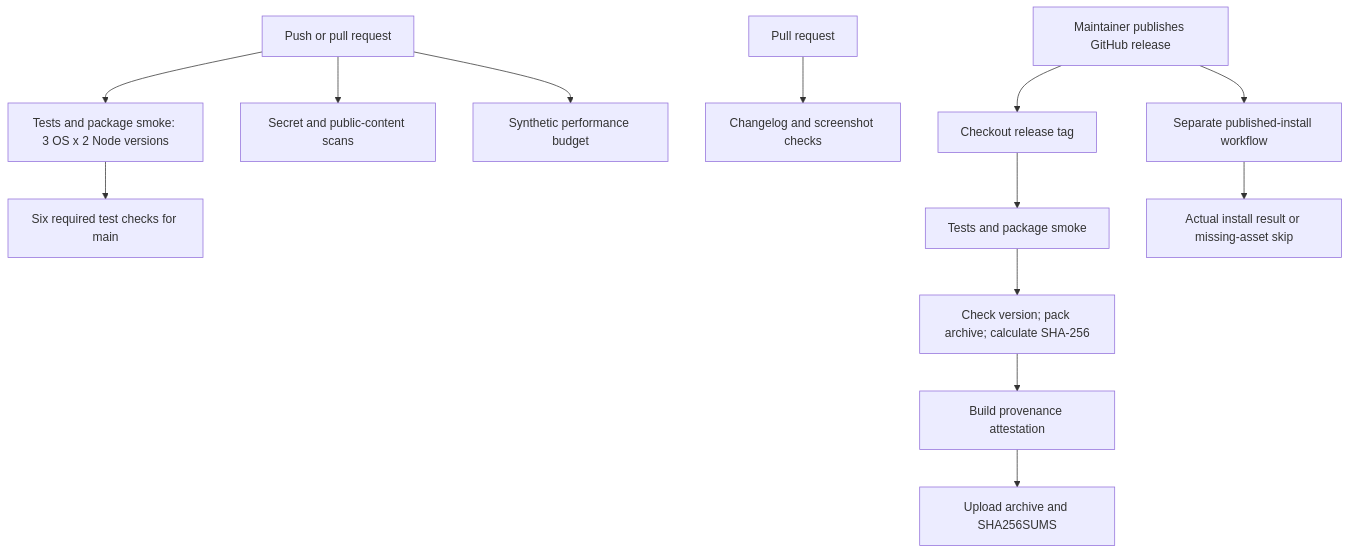
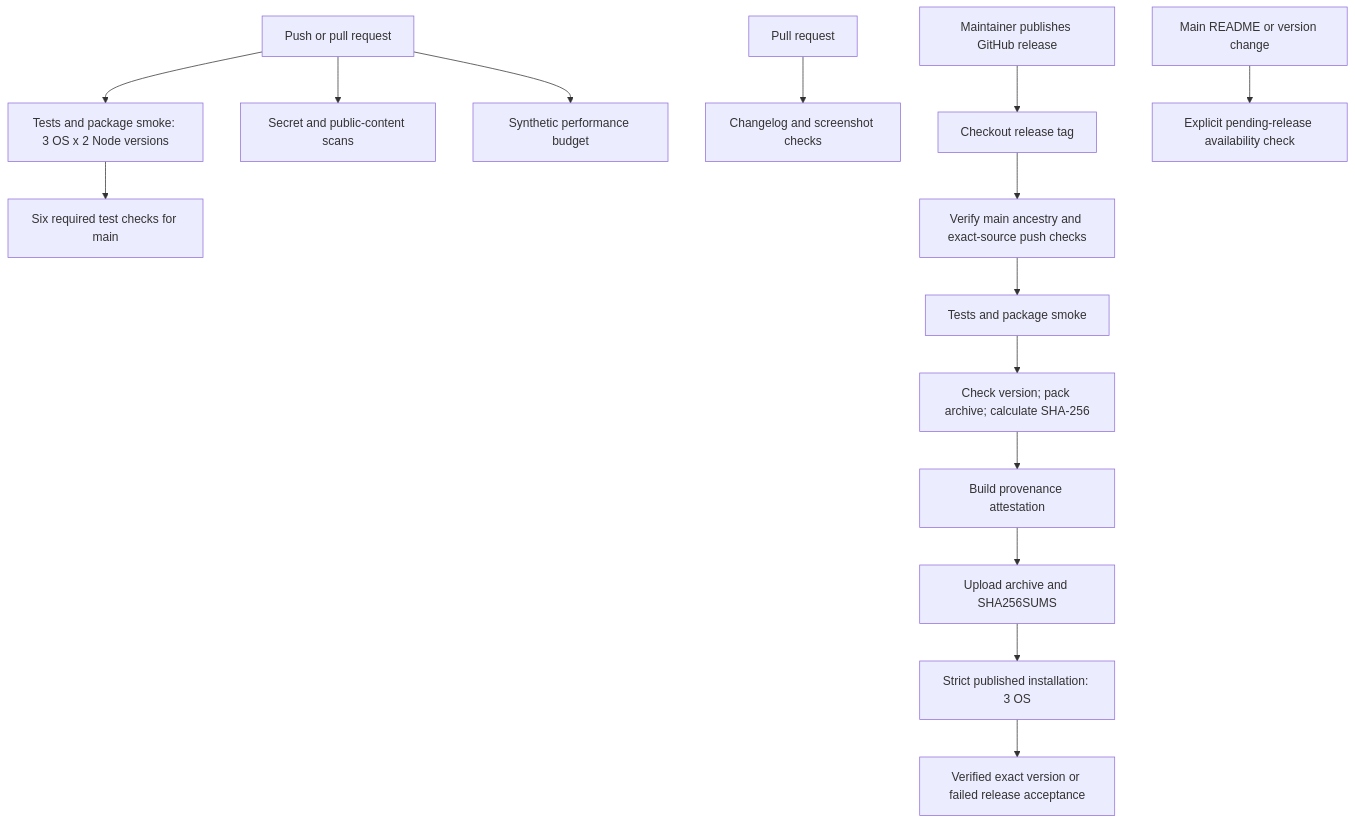
The third of 4 diagrams in docs/ARCHITECTURE.md (SamSnead85/agent-console), drawn with Mermaid before and after one commit. The commit also changed other lines of this file and 7 other files, not shown here.

Commit message:
Require exact-source checks and verify uploaded release installation

````diff
--- a/docs/ARCHITECTURE.md
+++ b/docs/ARCHITECTURE.md
@@ -180,15 +180,17 @@
 ```mermaid
 flowchart TD
   Change[Push or pull request] --> Matrix[Tests and package smoke: 3 OS x 2 Node versions]
   Change --> Safety[Secret and public-content scans]
   Change --> Perf[Synthetic performance budget]
   PR[Pull request] --> Principles[Changelog and screenshot checks]
   Matrix --> Merge[Six required test checks for main]
   Publish[Maintainer publishes GitHub release] --> Tagged[Checkout release tag]
-  Tagged --> Test[Tests and package smoke]
+  Tagged --> Source[Verify main ancestry and exact-source push checks]
+  Source --> Test[Tests and package smoke]
   Test --> Pack[Check version; pack archive; calculate SHA-256]
   Pack --> Attest[Build provenance attestation]
   Attest --> Upload[Upload archive and SHA256SUMS]
-  Publish --> Install[Separate published-install workflow]
-  Install --> Result[Actual install result or missing-asset skip]
+  Upload --> Install[Strict published installation: 3 OS]
+  Install --> Result[Verified exact version or failed release acceptance]
+  Development[Main README or version change] --> Availability[Explicit pending-release availability check]
 ```
````
